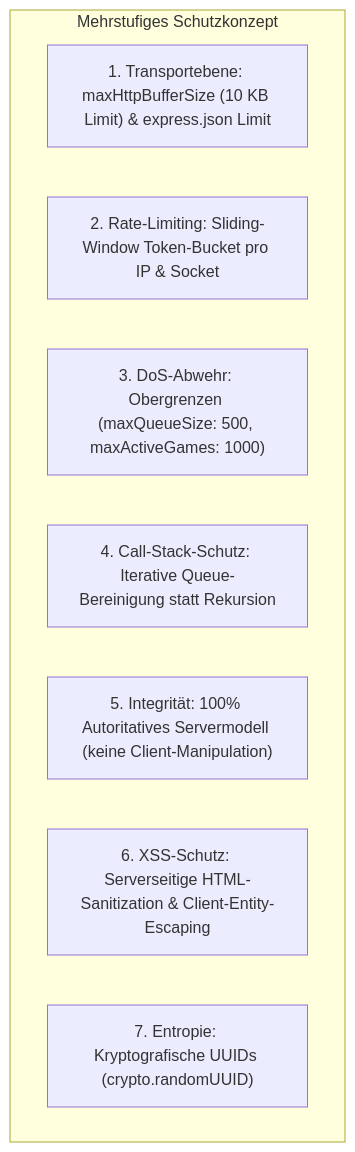
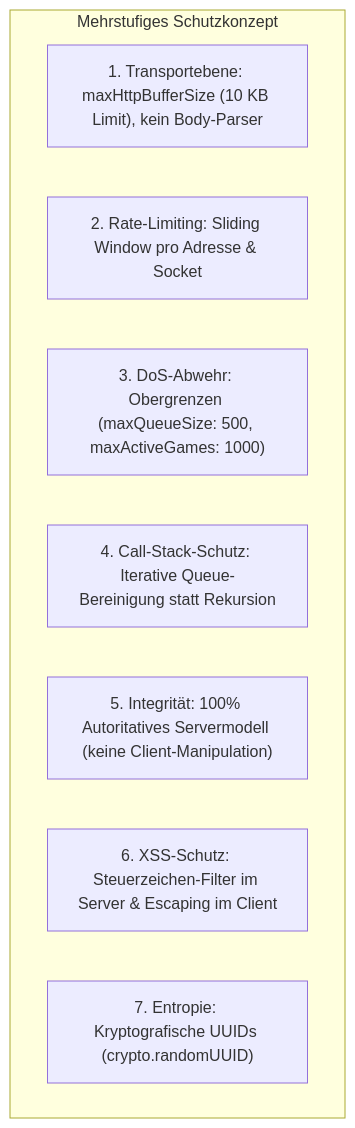
One commit to sventurbo/MuehleJS changed the tenth of 10 diagrams in Systemmodel.md. Above: the diagram before and after it, drawn with Mermaid. The commit also changed other lines of this file and 1 other file, not shown here.

````diff
--- a/Systemmodel.md
+++ b/Systemmodel.md
@@ -488,12 +491,12 @@
 ```mermaid
 graph TD
     subgraph Schutzebenen["Mehrstufiges Schutzkonzept"]
-        T1["1. Transportebene: maxHttpBufferSize (10 KB Limit) & express.json Limit"]
-        T2["2. Rate-Limiting: Sliding-Window Token-Bucket pro IP & Socket"]
+        T1["1. Transportebene: maxHttpBufferSize (10 KB Limit), kein Body-Parser"]
+        T2["2. Rate-Limiting: Sliding Window pro Adresse & Socket"]
         T3["3. DoS-Abwehr: Obergrenzen (maxQueueSize: 500, maxActiveGames: 1000)"]
         T4["4. Call-Stack-Schutz: Iterative Queue-Bereinigung statt Rekursion"]
         T5["5. Integrität: 100% Autoritatives Servermodell (keine Client-Manipulation)"]
-        T6["6. XSS-Schutz: Serverseitige HTML-Sanitization & Client-Entity-Escaping"]
+        T6["6. XSS-Schutz: Steuerzeichen-Filter im Server & Escaping im Client"]
         T7["7. Entropie: Kryptografische UUIDs (crypto.randomUUID)"]
     end
 ```
````
